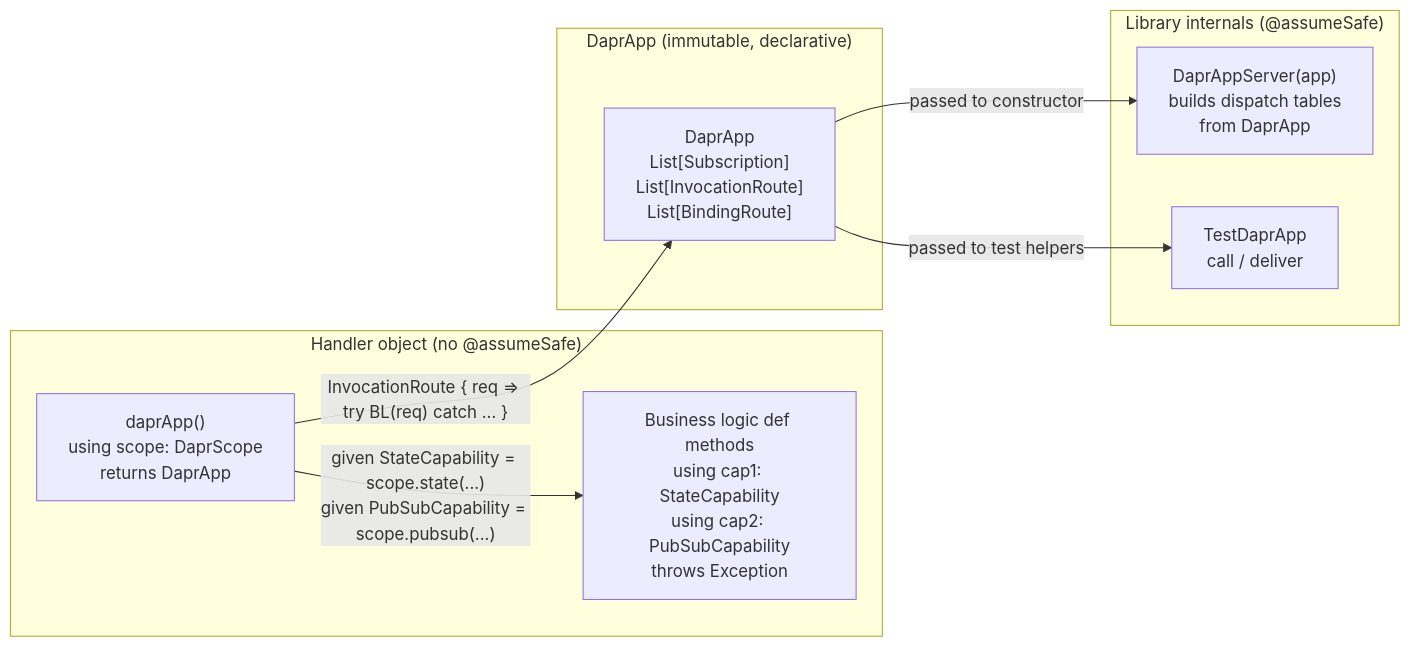
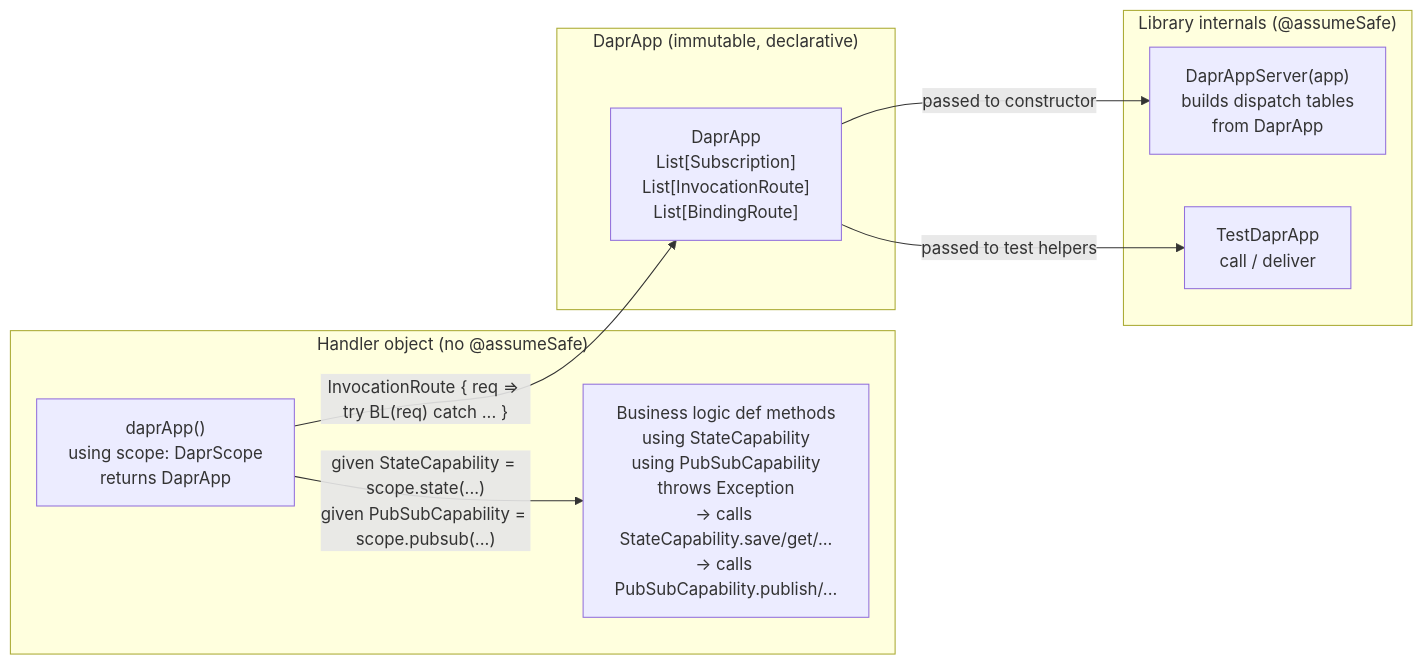
One commit to sideeffffect/dapr4s changed the fourth of 6 diagrams in DESIGN.md. Above: the diagram before and after it, drawn with Mermaid. The commit also changed other lines of this file and 4 other files, not shown here.

````diff
--- a/DESIGN.md
+++ b/DESIGN.md
@@ -245,21 +257,21 @@
 ```mermaid
 graph LR
     subgraph "Handler object (no @assumeSafe)"
-        BL["Business logic def methods\nusing cap1: StateCapability\nusing cap2: PubSubCapability\nthrows Exception"]
+        BL["Business logic def methods\nusing StateCapability\nusing PubSubCapability\nthrows Exception\n→ calls StateCapability.save/get/...\n→ calls PubSubCapability.publish/..."]
         CFG["daprApp()\nusing scope: DaprScope\nreturns DaprApp"]
         CFG -->|"given StateCapability = scope.state(...)\ngiven PubSubCapability = scope.pubsub(...)"| BL
     end
 
     subgraph "DaprApp (immutable, declarative)"
         DA["DaprApp\nList[Subscription]\nList[InvocationRoute]\nList[BindingRoute]"]
     end
 
     subgraph "Library internals (@assumeSafe)"
         SRV["DaprAppServer(app)\nbuilds dispatch tables\nfrom DaprApp"]
         TST["TestDaprApp\ncall / deliver"]
     end
 
     CFG -->|"InvocationRoute { req => try BL(req) catch ... }"| DA
     DA -->|"passed to constructor"| SRV
     DA -->|"passed to test helpers"| TST
 ```
````
